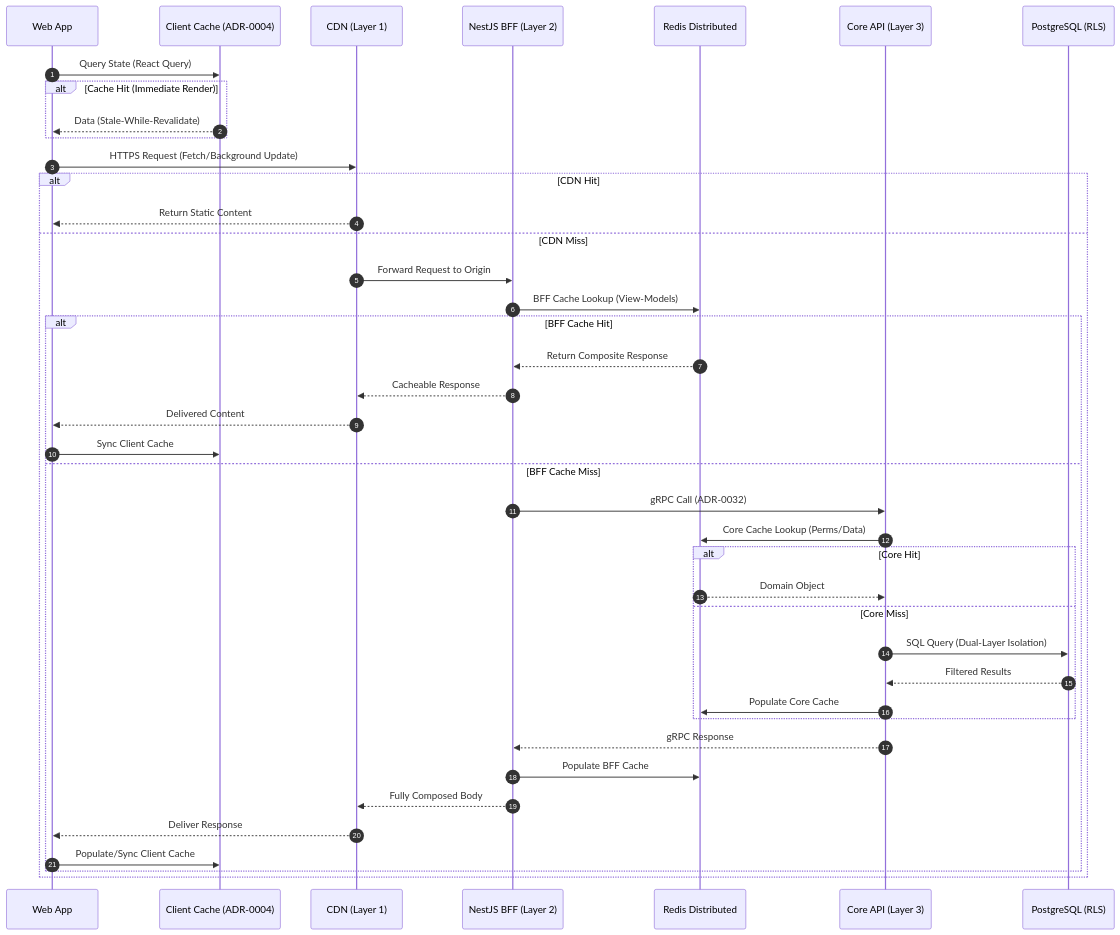
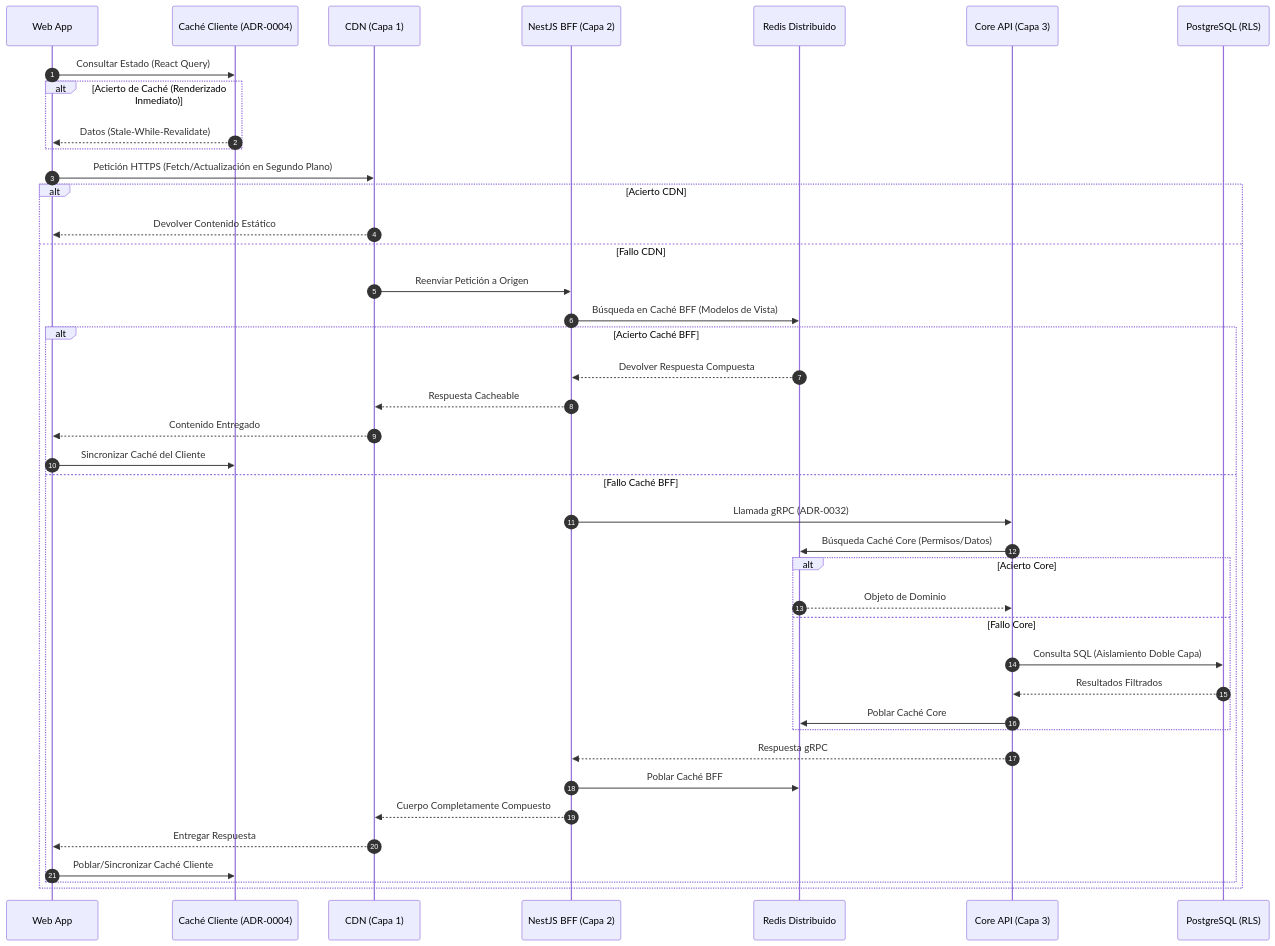
The third of 6 diagrams in arc-corporate-ws/corporate-standards-es/01-architecture/reference-blueprint.md (beyondnetcode/arc32_progresive_monolith), drawn with Mermaid before and after one commit. The commit also changed other lines of this file and 89 other files, not shown here.

````diff
--- a/arc-corporate-ws/corporate-standards-es/01-architecture/reference-blueprint.md
+++ b/arc-corporate-ws/corporate-standards-es/01-architecture/reference-blueprint.md
@@ -253,44 +253,44 @@
 ```mermaid
 sequenceDiagram
     autonumber
     participant C as Web App
-    participant CL as Client Cache (ADR-0004)
-    participant CDN as CDN (Layer 1)
-    participant B as NestJS BFF (Layer 2)
-    participant R as Redis Distributed
-    participant A as Core API (Layer 3)
+    participant CL as Caché Cliente (ADR-0004)
+    participant CDN as CDN (Capa 1)
+    participant B as NestJS BFF (Capa 2)
+    participant R as Redis Distribuido
+    participant A as Core API (Capa 3)
     participant D as PostgreSQL (RLS)
 
-    C->>CL: Query State (React Query)
-    alt Cache Hit (Immediate Render)
-        CL-->>C: Data (Stale-While-Revalidate)
+    C->>CL: Consultar Estado (React Query)
+    alt Acierto de Caché (Renderizado Inmediato)
+        CL-->>C: Datos (Stale-While-Revalidate)
     end
-    C->>CDN: HTTPS Request (Fetch/Background Update)
-    alt CDN Hit
-        CDN-->>C: Return Static Content
-    else CDN Miss
-        CDN->>B: Forward Request to Origin
-        B->>R: BFF Cache Lookup (View-Models)
-        alt BFF Cache Hit
-            R-->>B: Return Composite Response
-            B-->>CDN: Cacheable Response
-            CDN-->>C: Delivered Content
-            C->>CL: Sync Client Cache
-        else BFF Cache Miss
-            B->>A: gRPC Call (ADR-0032)
-            A->>R: Core Cache Lookup (Perms/Data)
-            alt Core Hit
-                R-->>A: Domain Object
-            else Core Miss
-                A->>D: SQL Query (Dual-Layer Isolation)
-                D-->>A: Filtered Results
-                A->>R: Populate Core Cache
+    C->>CDN: Petición HTTPS (Fetch/Actualización en Segundo Plano)
+    alt Acierto CDN
+        CDN-->>C: Devolver Contenido Estático
+    else Fallo CDN
+        CDN->>B: Reenviar Petición a Origen
+        B->>R: Búsqueda en Caché BFF (Modelos de Vista)
+        alt Acierto Caché BFF
+            R-->>B: Devolver Respuesta Compuesta
+            B-->>CDN: Respuesta Cacheable
+            CDN-->>C: Contenido Entregado
+            C->>CL: Sincronizar Caché del Cliente
+        else Fallo Caché BFF
+            B->>A: Llamada gRPC (ADR-0032)
+            A->>R: Búsqueda Caché Core (Permisos/Datos)
+            alt Acierto Core
+                R-->>A: Objeto de Dominio
+            else Fallo Core
+                A->>D: Consulta SQL (Aislamiento Doble Capa)
+                D-->>A: Resultados Filtrados
+                A->>R: Poblar Caché Core
             end
-            A-->>B: gRPC Response
-            B->>R: Populate BFF Cache
-            B-->>CDN: Fully Composed Body
-            CDN-->>C: Deliver Response
-            C->>CL: Populate/Sync Client Cache
+            A-->>B: Respuesta gRPC
+            B->>R: Poblar Caché BFF
+            B-->>CDN: Cuerpo Completamente Compuesto
+            CDN-->>C: Entregar Respuesta
+            C->>CL: Poblar/Sincronizar Caché Cliente
         end
     end
 ```
````
